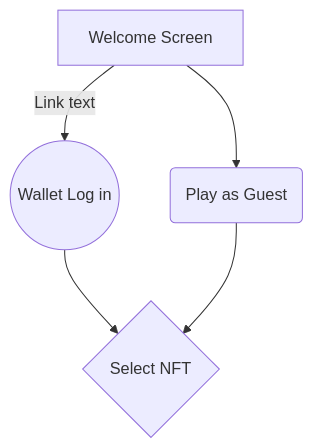
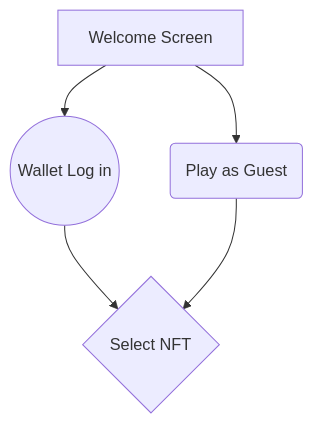
Before and after one commit to OnChainSurvivor/OnChainSurvivor: the second of 2 diagrams in README.md, drawn with Mermaid. The commit also changed other lines of this file, not shown here.

````diff
--- a/README.md
+++ b/README.md
@@ -116,7 +101,7 @@
 ```mermaid
 graph TD
-A[Welcome Screen] -- Link text --> B((Wallet Log in))
+A[Welcome Screen] --> B((Wallet Log in))
 A --> C(Play as Guest)
 B --> D{Select NFT}
 C --> D
 ```
````
